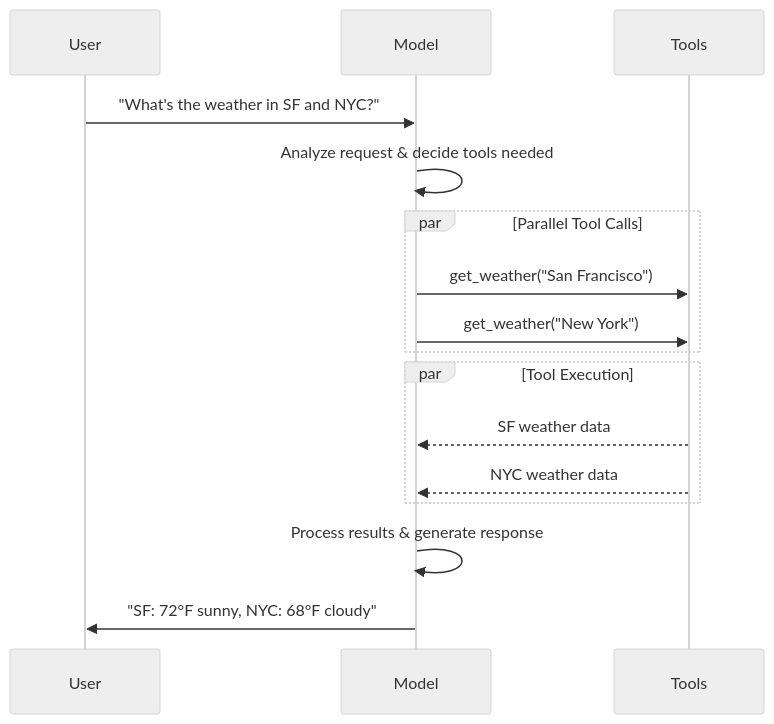
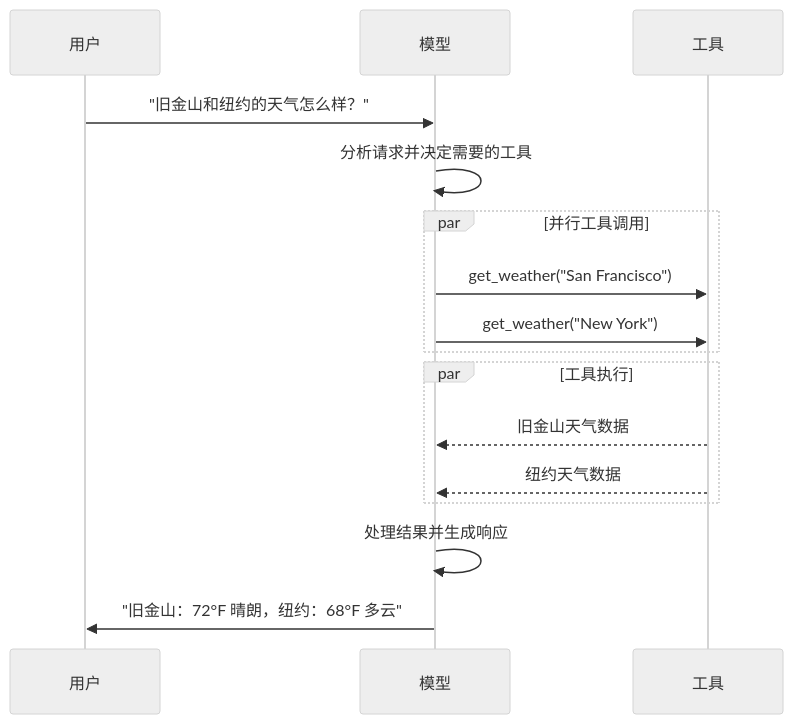
Before and after one commit to kunfan96/cndocs-langchain: the diagram in oss/python/langchain/models.mdx, drawn with Mermaid (neutral theme). The commit also changed other lines of this file and 2498 other files, not shown here.

````diff
--- a/oss/python/langchain/models.mdx
+++ b/oss/python/langchain/models.mdx
@@ -362,22 +335,22 @@
 ```mermaid
 sequenceDiagram
-    participant U as User
-    participant M as Model
-    participant T as Tools
+    participant U as 用户
+    participant M as 模型
+    participant T as 工具
 
-    U->>M: "What's the weather in SF and NYC?"
-    M->>M: Analyze request & decide tools needed
+    U->>M: "旧金山和纽约的天气怎么样？"
+    M->>M: 分析请求并决定需要的工具
 
-    par Parallel Tool Calls
+    par 并行工具调用
         M->>T: get_weather("San Francisco")
         M->>T: get_weather("New York")
     end
 
-    par Tool Execution
-        T-->>M: SF weather data
-        T-->>M: NYC weather data
+    par 工具执行
+        T-->>M: 旧金山天气数据
+        T-->>M: 纽约天气数据
     end
 
-    M->>M: Process results & generate response
-    M->>U: "SF: 72°F sunny, NYC: 68°F cloudy"
+    M->>M: 处理结果并生成响应
+    M->>U: "旧金山：72°F 晴朗，纽约：68°F 多云"
 ```
````
